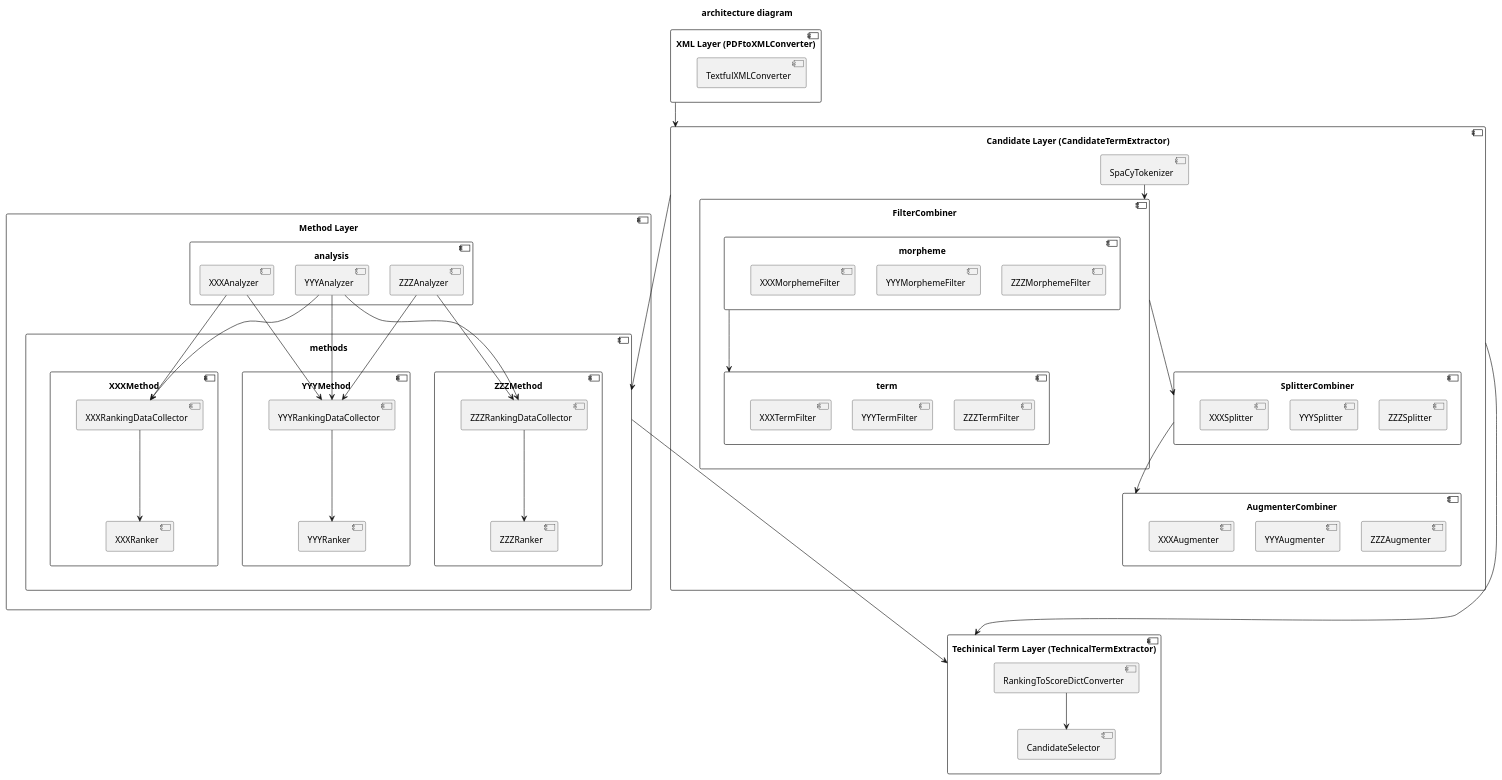
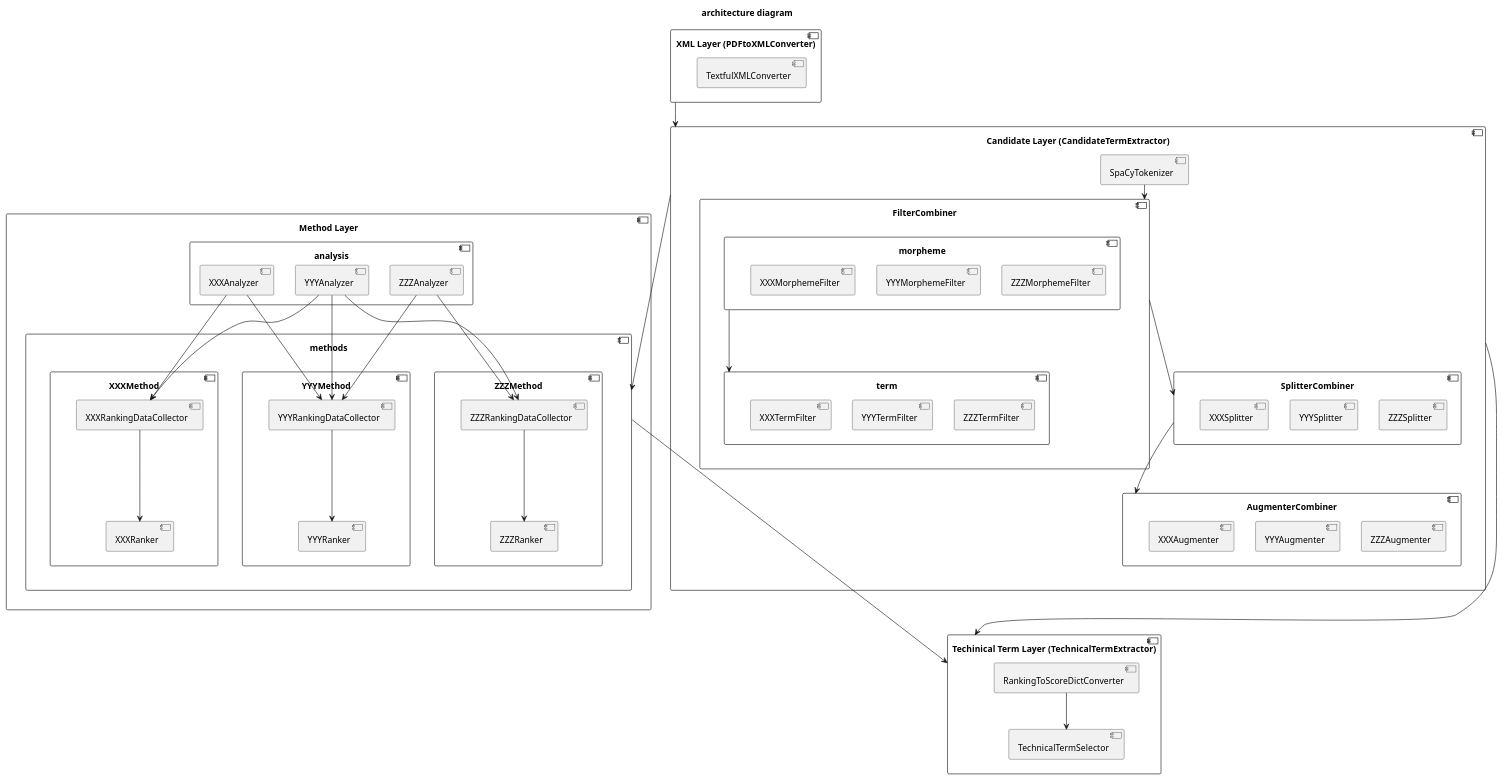
Before and after one commit to kumachan-mis/py-pdf-term: the diagram in docs/architecture.puml, drawn with PlantUML. The commit also changed 2 other files, not shown here.

```diff
--- a/docs/architecture.puml
+++ b/docs/architecture.puml
@@ -1,112 +1,112 @@
 @startuml
 title "architecture diagram"
 
 component "XML Layer (PDFtoXMLConverter)" as XMLLayer {
     component TextfulXMLConverter
 }
 
 component "Candidate Layer (CandidateTermExtractor)" as CandidateLayer {
     component SpaCyTokenizer
     component FilterCombiner {
         component morpheme {
             component XXXMorphemeFilter
             component YYYMorphemeFilter
             component ZZZMorphemeFilter
 
             XXXMorphemeFilter -[hidden]right- YYYMorphemeFilter
             YYYMorphemeFilter -[hidden]right- ZZZMorphemeFilter
         }
 
         component term {
             component XXXTermFilter
             component YYYTermFilter
             component ZZZTermFilter
 
             XXXTermFilter -[hidden]right- YYYTermFilter
             YYYTermFilter -[hidden]right- ZZZTermFilter
         }
         morpheme -down-> term
     }
 
     component SplitterCombiner {
         component XXXSplitter
         component YYYSplitter
         component ZZZSplitter
 
         XXXSplitter -[hidden]right- YYYSplitter
         YYYSplitter -[hidden]right- ZZZSplitter
     }
 
     component AugmenterCombiner {
         component XXXAugmenter
         component YYYAugmenter
         component ZZZAugmenter
 
         XXXAugmenter -[hidden]right- YYYAugmenter
         YYYAugmenter -[hidden]right- ZZZAugmenter
     }
 
     SpaCyTokenizer -down-> FilterCombiner
     FilterCombiner -down-> SplitterCombiner
     SplitterCombiner -down-> AugmenterCombiner
     
 }
 
 component "Method Layer" as MethodLayer {
     component analysis {
         component XXXAnalyzer
         component YYYAnalyzer
         component ZZZAnalyzer
 
         XXXAnalyzer -[hidden]right- YYYAnalyzer
         YYYAnalyzer -[hidden]right- ZZZAnalyzer
     }
 
     component methods {
         component XXXMethod {
             component XXXRankingDataCollector
             component XXXRanker
 
             XXXRankingDataCollector -down-> XXXRanker
         }
 
         component YYYMethod {
             component YYYRankingDataCollector
             component YYYRanker
 
             YYYRankingDataCollector -down-> YYYRanker
         }
 
         component ZZZMethod {
             component ZZZRankingDataCollector
             component ZZZRanker
 
             ZZZRankingDataCollector -down-> ZZZRanker
         }
 
         XXXMethod -[hidden]right- YYYMethod
         YYYMethod -[hidden]right- ZZZMethod
     }
 
     XXXAnalyzer -down-> XXXRankingDataCollector
     YYYAnalyzer -down-> XXXRankingDataCollector
     XXXAnalyzer -down-> YYYRankingDataCollector
     YYYAnalyzer -down-> YYYRankingDataCollector
     ZZZAnalyzer -down-> YYYRankingDataCollector
     YYYAnalyzer -down-> ZZZRankingDataCollector
     ZZZAnalyzer -down-> ZZZRankingDataCollector
 }
 
 component "Techinical Term Layer (TechnicalTermExtractor)" as TechinicalTermLayer {
     component RankingToScoreDictConverter
-    component CandidateSelector
-    RankingToScoreDictConverter -down->  CandidateSelector
+    component TechnicalTermSelector
+    RankingToScoreDictConverter -down->  TechnicalTermSelector
 }
 
 XMLLayer -down-> CandidateLayer
 CandidateLayer --down-> methods
 CandidateLayer ---down-> TechinicalTermLayer
 methods ---down-> TechinicalTermLayer
 
 
 @enduml
```
